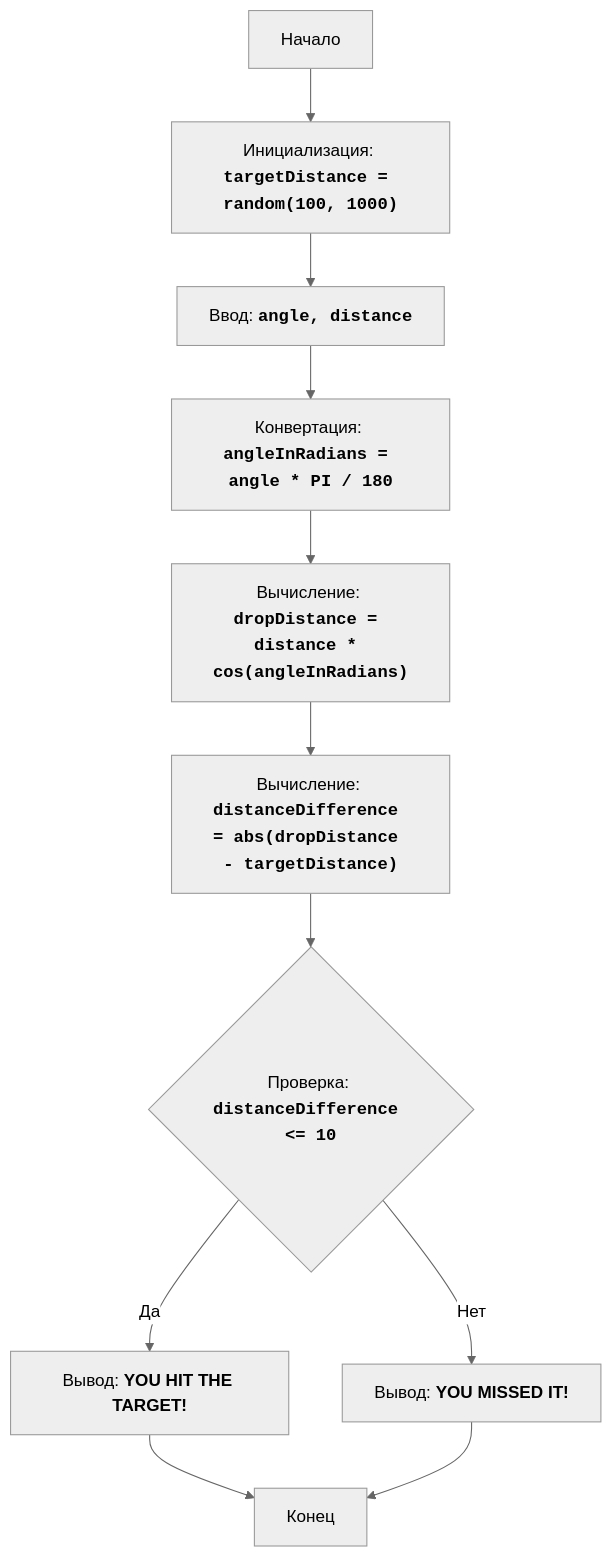
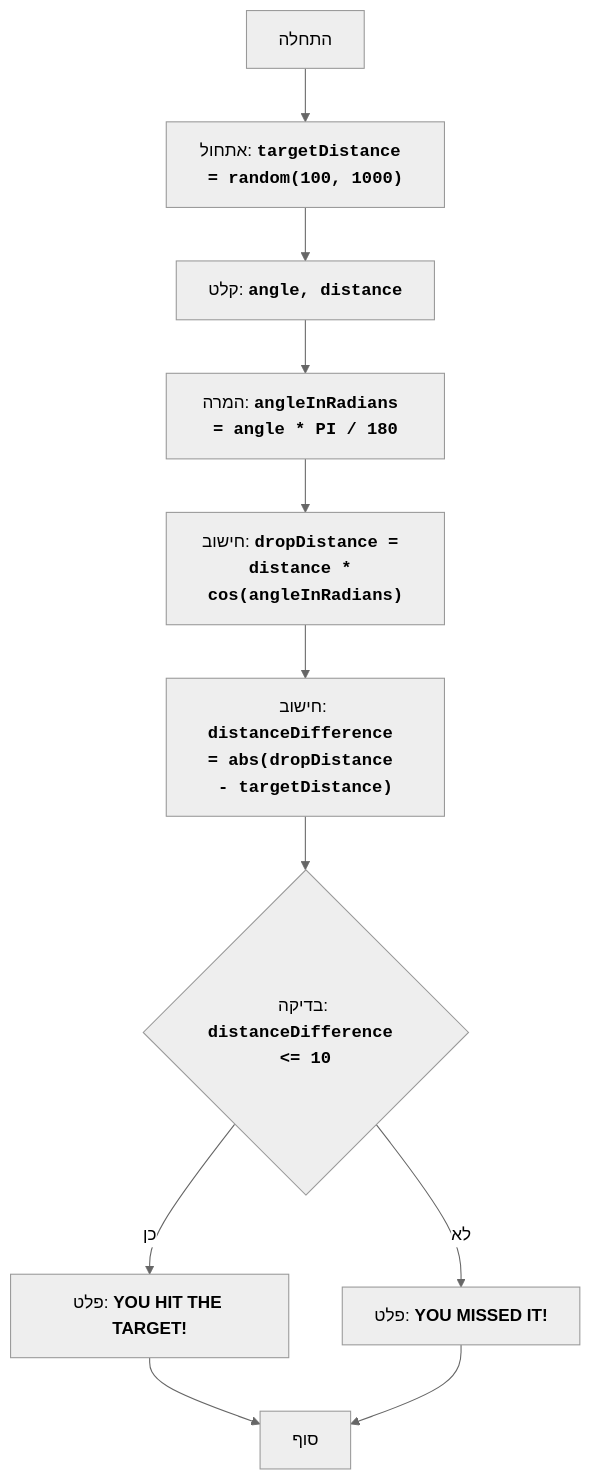
Before and after one commit to hypo69/hypo: the diagram in docs/gemini/he/doc/src/endpoints/ai_games/101_basic_computer_games/ru/GAMES/BOMBER/README.MD.md, drawn with Mermaid (neutral theme). The commit also changed other lines of this file and 885 other files, not shown here.

````diff
--- a/docs/gemini/he/doc/src/endpoints/ai_games/101_basic_computer_games/ru/GAMES/BOMBER/README.MD.md
+++ b/docs/gemini/he/doc/src/endpoints/ai_games/101_basic_computer_games/ru/GAMES/BOMBER/README.MD.md
@@ -36,13 +35,13 @@
 ```mermaid
 flowchart TD
-    Start["Начало"] --> InitializeTargetDistance["Инициализация: <code><b>targetDistance = random(100, 1000)</b></code>"]
-    InitializeTargetDistance --> InputAngleDistance["Ввод: <code><b>angle, distance</b></code>"]
-    InputAngleDistance --> ConvertAngle["Конвертация: <code><b>angleInRadians = angle * PI / 180</b></code>"]
-    ConvertAngle --> CalculateDropDistance["Вычисление: <code><b>dropDistance = distance * cos(angleInRadians)</b></code>"]
-    CalculateDropDistance --> CalculateDistanceDifference["Вычисление: <code><b>distanceDifference = abs(dropDistance - targetDistance)</b></code>"]
-    CalculateDistanceDifference --> CheckDistanceDifference{"Проверка: <code><b>distanceDifference <= 10</b></code>"}
-    CheckDistanceDifference -- Да --> OutputWin["Вывод: <b>YOU HIT THE TARGET!</b>"]
-    OutputWin --> End["Конец"]
-    CheckDistanceDifference -- Нет --> OutputLose["Вывод: <b>YOU MISSED IT!</b>"]
+    Start["התחלה"] --> InitializeTargetDistance["אתחול: <code><b>targetDistance = random(100, 1000)</b></code>"]
+    InitializeTargetDistance --> InputAngleDistance["קלט: <code><b>angle, distance</b></code>"]
+    InputAngleDistance --> ConvertAngle["המרה: <code><b>angleInRadians = angle * PI / 180</b></code>"]
+    ConvertAngle --> CalculateDropDistance["חישוב: <code><b>dropDistance = distance * cos(angleInRadians)</b></code>"]
+    CalculateDropDistance --> CalculateDistanceDifference["חישוב: <code><b>distanceDifference = abs(dropDistance - targetDistance)</b></code>"]
+    CalculateDistanceDifference --> CheckDistanceDifference{"בדיקה: <code><b>distanceDifference <= 10</b></code>"}
+    CheckDistanceDifference -- כן --> OutputWin["פלט: <b>YOU HIT THE TARGET!</b>"]
+    OutputWin --> End["סוף"]
+    CheckDistanceDifference -- לא --> OutputLose["פלט: <b>YOU MISSED IT!</b>"]
     OutputLose --> End
 ```
````
